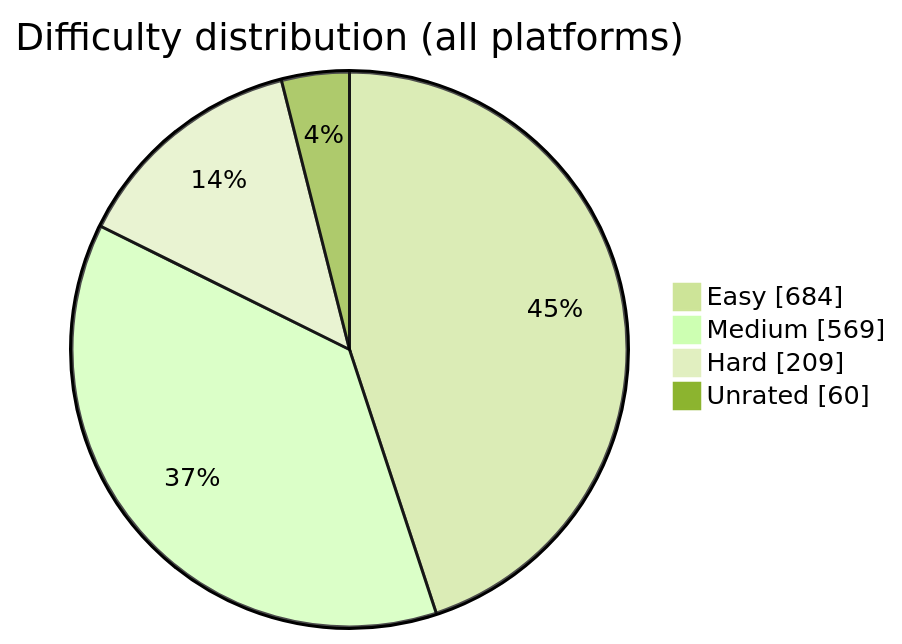
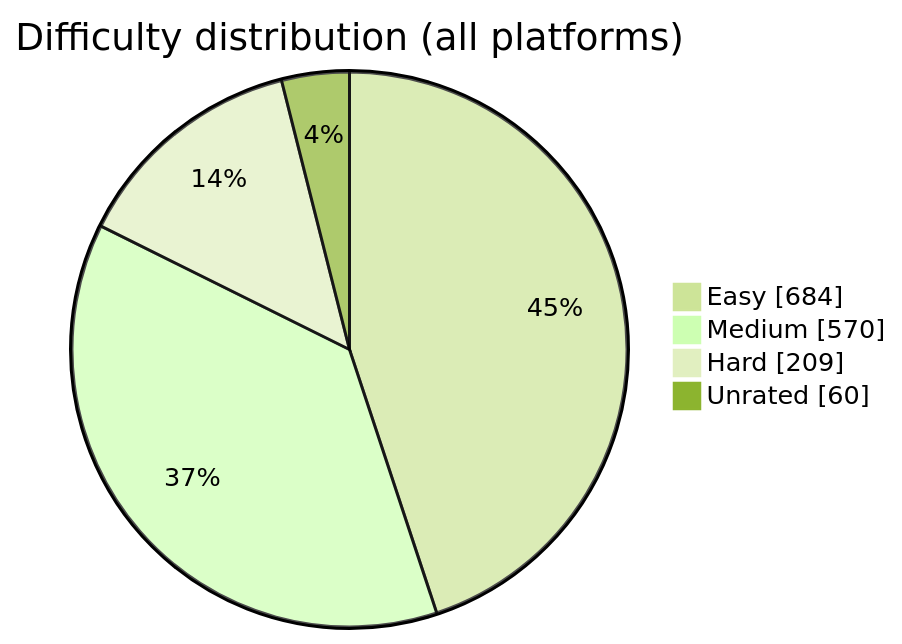
The diagram in README.md (BuildbyArindam/Daily-Coding-Log), drawn with Mermaid (forest theme) before and after one commit. The commit also changed other lines of this file, not shown here.

````diff
--- a/README.md
+++ b/README.md
@@ -93,7 +93,7 @@
 ```mermaid
 pie showData title Difficulty distribution (all platforms)
     "Easy" : 684
-    "Medium" : 569
+    "Medium" : 570
     "Hard" : 209
     "Unrated" : 60
 ```
````
